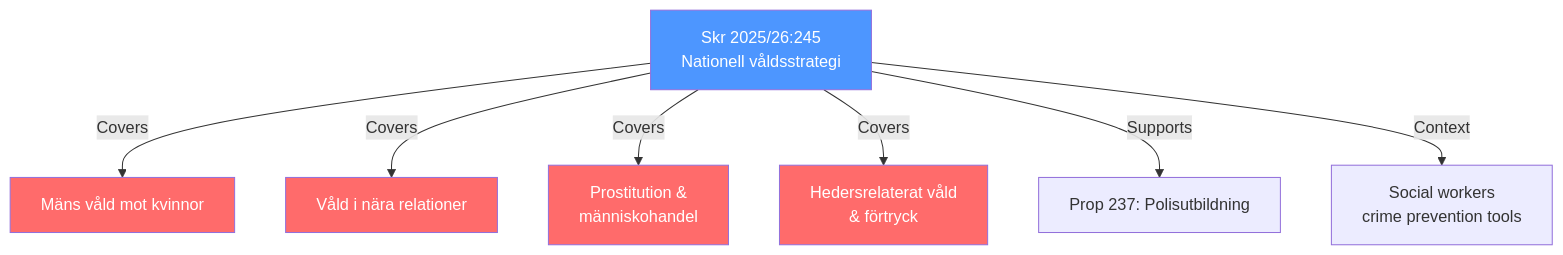
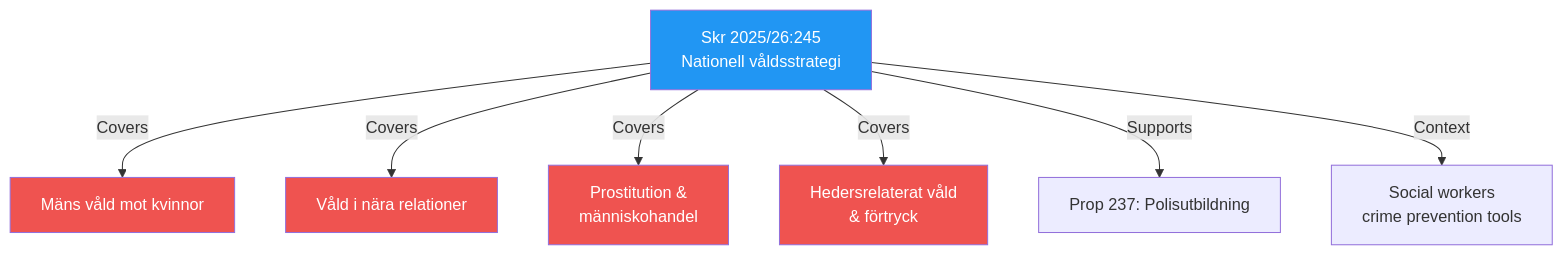
The diagram in analysis/daily/2026-04-14/realtime-1526/documents/hd03245-analysis.md (Hack23/riksdagsmonitor), drawn with Mermaid before and after one commit. The commit also changed 785 other files, not shown here.

First line of the commit message:
Normalize mermaid colors across 786 analysis artifacts to ISMS Style Guide palette

````diff
--- a/analysis/daily/2026-04-14/realtime-1526/documents/hd03245-analysis.md
+++ b/analysis/daily/2026-04-14/realtime-1526/documents/hd03245-analysis.md
@@ -19,14 +19,14 @@
 ```mermaid
 graph TD
     A["Skr 2025/26:245<br/>Nationell våldsstrategi"] -->|"Covers"| B["Mäns våld mot kvinnor"]
     A -->|"Covers"| C["Våld i nära relationer"]
     A -->|"Covers"| D["Prostitution &<br/>människohandel"]
     A -->|"Covers"| E["Hedersrelaterat våld<br/>& förtryck"]
     A -->|"Supports"| F["Prop 237: Polisutbildning"]
     A -->|"Context"| G["Social workers<br/>crime prevention tools"]
-    style A fill:#4d96ff,color:#fff
-    style B fill:#ff6b6b,color:#fff
-    style C fill:#ff6b6b,color:#fff
-    style D fill:#ff6b6b,color:#fff
-    style E fill:#ff6b6b,color:#fff
+    style A fill:#2196F3,color:#FFFFFF
+    style B fill:#EF5350,color:#FFFFFF
+    style C fill:#EF5350,color:#FFFFFF
+    style D fill:#EF5350,color:#FFFFFF
+    style E fill:#EF5350,color:#FFFFFF
 ```
````
